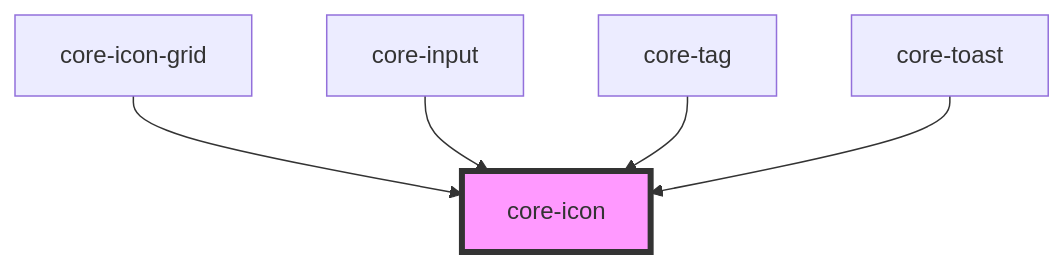
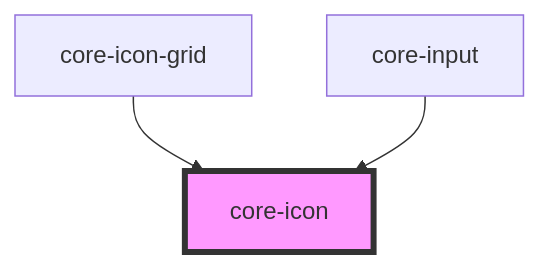
One commit to iFixit/core-design changed the diagram in packages/components-web/src/components/core-icon/readme.md. Above: the diagram before and after it, drawn with Mermaid. The commit also changed other lines of this file and 9 other files, not shown here.

````diff
--- a/packages/components-web/src/components/core-icon/readme.md
+++ b/packages/components-web/src/components/core-icon/readme.md
@@ -29,8 +27,6 @@
 ```mermaid
 graph TD;
   core-icon-grid --> core-icon
   core-input --> core-icon
-  core-tag --> core-icon
-  core-toast --> core-icon
   style core-icon fill:#f9f,stroke:#333,stroke-width:4px
 ```
````
